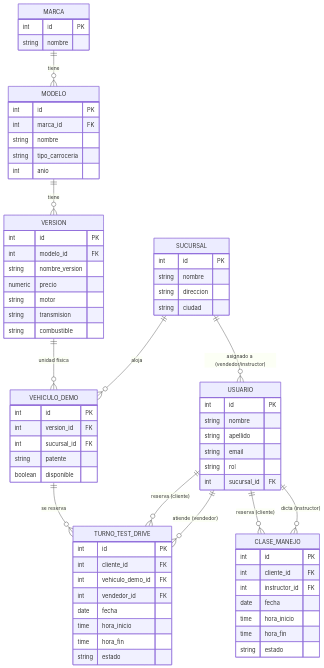
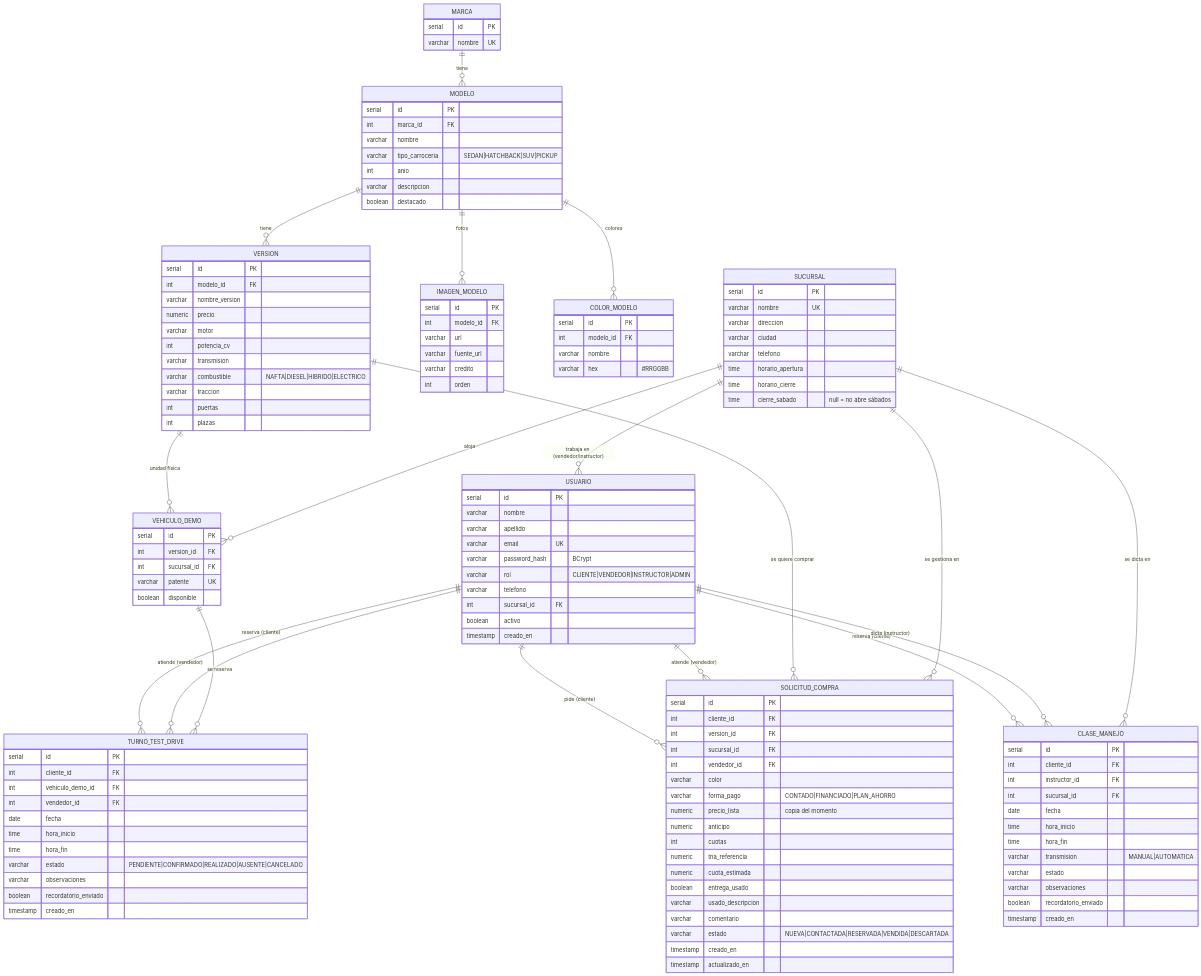
One commit to AgusS05/km0-automotores changed the diagram in docs/esquema_bd_y_modulos.md. Above: the diagram before and after it, drawn with Mermaid. The commit also changed other lines of this file and 30 other files, not shown here.

````diff
--- a/docs/esquema_bd_y_modulos.md
+++ b/docs/esquema_bd_y_modulos.md
@@ -9,73 +12,136 @@
 erDiagram
     MARCA ||--o{ MODELO : tiene
     MODELO ||--o{ VERSION : tiene
+    MODELO ||--o{ IMAGEN_MODELO : "fotos"
+    MODELO ||--o{ COLOR_MODELO : "colores"
     VERSION ||--o{ VEHICULO_DEMO : "unidad física"
     SUCURSAL ||--o{ VEHICULO_DEMO : aloja
-    SUCURSAL ||--o{ USUARIO : "asignado a (vendedor/instructor)"
+    SUCURSAL ||--o{ USUARIO : "trabaja en (vendedor/instructor)"
     USUARIO ||--o{ TURNO_TEST_DRIVE : "reserva (cliente)"
     USUARIO ||--o{ TURNO_TEST_DRIVE : "atiende (vendedor)"
     VEHICULO_DEMO ||--o{ TURNO_TEST_DRIVE : "se reserva"
     USUARIO ||--o{ CLASE_MANEJO : "reserva (cliente)"
     USUARIO ||--o{ CLASE_MANEJO : "dicta (instructor)"
+    SUCURSAL ||--o{ CLASE_MANEJO : "se dicta en"
+    USUARIO ||--o{ SOLICITUD_COMPRA : "pide (cliente)"
+    USUARIO ||--o{ SOLICITUD_COMPRA : "atiende (vendedor)"
+    VERSION ||--o{ SOLICITUD_COMPRA : "se quiere comprar"
+    SUCURSAL ||--o{ SOLICITUD_COMPRA : "se gestiona en"
 
     MARCA {
-        int id PK
-        string nombre
+        serial id PK
+        varchar nombre UK
     }
     MODELO {
-        int id PK
+        serial id PK
         int marca_id FK
-        string nombre
-        string tipo_carroceria
+        varchar nombre
+        varchar tipo_carroceria "SEDAN|HATCHBACK|SUV|PICKUP"
         int anio
+        varchar descripcion
+        boolean destacado
     }
     VERSION {
-        int id PK
+        serial id PK
         int modelo_id FK
-        string nombre_version
+        varchar nombre_version
         numeric precio
-        string motor
-        string transmision
-        string combustible
+        varchar motor
+        int potencia_cv
+        varchar transmision
+        varchar combustible "NAFTA|DIESEL|HIBRIDO|ELECTRICO"
+        varchar traccion
+        int puertas
+        int plazas
+    }
+    IMAGEN_MODELO {
+        serial id PK
+        int modelo_id FK
+        varchar url
+        varchar fuente_url
+        varchar credito
+        int orden
+    }
+    COLOR_MODELO {
+        serial id PK
+        int modelo_id FK
+        varchar nombre
+        varchar hex "#RRGGBB"
     }
     SUCURSAL {
-        int id PK
-        string nombre
-        string direccion
-        string ciudad
+        serial id PK
+        varchar nombre UK
+        varchar direccion
+        varchar ciudad
+        varchar telefono
+        time horario_apertura
+        time horario_cierre
+        time cierre_sabado "null = no abre sábados"
     }
     USUARIO {
-        int id PK
-        string nombre
-        string apellido
-        string email
-        string rol
+        serial id PK
+        varchar nombre
+        varchar apellido
+        varchar email UK
+        varchar password_hash "BCrypt"
+        varchar rol "CLIENTE|VENDEDOR|INSTRUCTOR|ADMIN"
+        varchar telefono
         int sucursal_id FK
+        boolean activo
+        timestamp creado_en
     }
     VEHICULO_DEMO {
-        int id PK
+        serial id PK
         int version_id FK
         int sucursal_id FK
-        string patente
+        varchar patente UK
         boolean disponible
     }
     TURNO_TEST_DRIVE {
-        int id PK
+        serial id PK
         int cliente_id FK
         int vehiculo_demo_id FK
         int vendedor_id FK
         date fecha
         time hora_inicio
         time hora_fin
-        string estado
+        varchar estado "PENDIENTE|CONFIRMADO|REALIZADO|AUSENTE|CANCELADO"
+        varchar observaciones
+        boolean recordatorio_enviado
+        timestamp creado_en
     }
     CLASE_MANEJO {
-        int id PK
+        serial id PK
         int cliente_id FK
         int instructor_id FK
+        int sucursal_id FK
         date fecha
         time hora_inicio
         time hora_fin
-        string estado
+        varchar transmision "MANUAL|AUTOMATICA"
+        varchar estado
+        varchar observaciones
+        boolean recordatorio_enviado
+        timestamp creado_en
+    }
+    SOLICITUD_COMPRA {
+        serial id PK
+        int cliente_id FK
+        int version_id FK
+        int sucursal_id FK
+        int vendedor_id FK
+        varchar color
+        varchar forma_pago "CONTADO|FINANCIADO|PLAN_AHORRO"
+        numeric precio_lista "copia del momento"
+        numeric anticipo
+        int cuotas
+        numeric tna_referencia
+        numeric cuota_estimada
+        boolean entrega_usado
+        varchar usado_descripcion
+        varchar comentario
+        varchar estado "NUEVA|CONTACTADA|RESERVADA|VENDIDA|DESCARTADA"
+        timestamp creado_en
+        timestamp actualizado_en
     }
 ```
````
